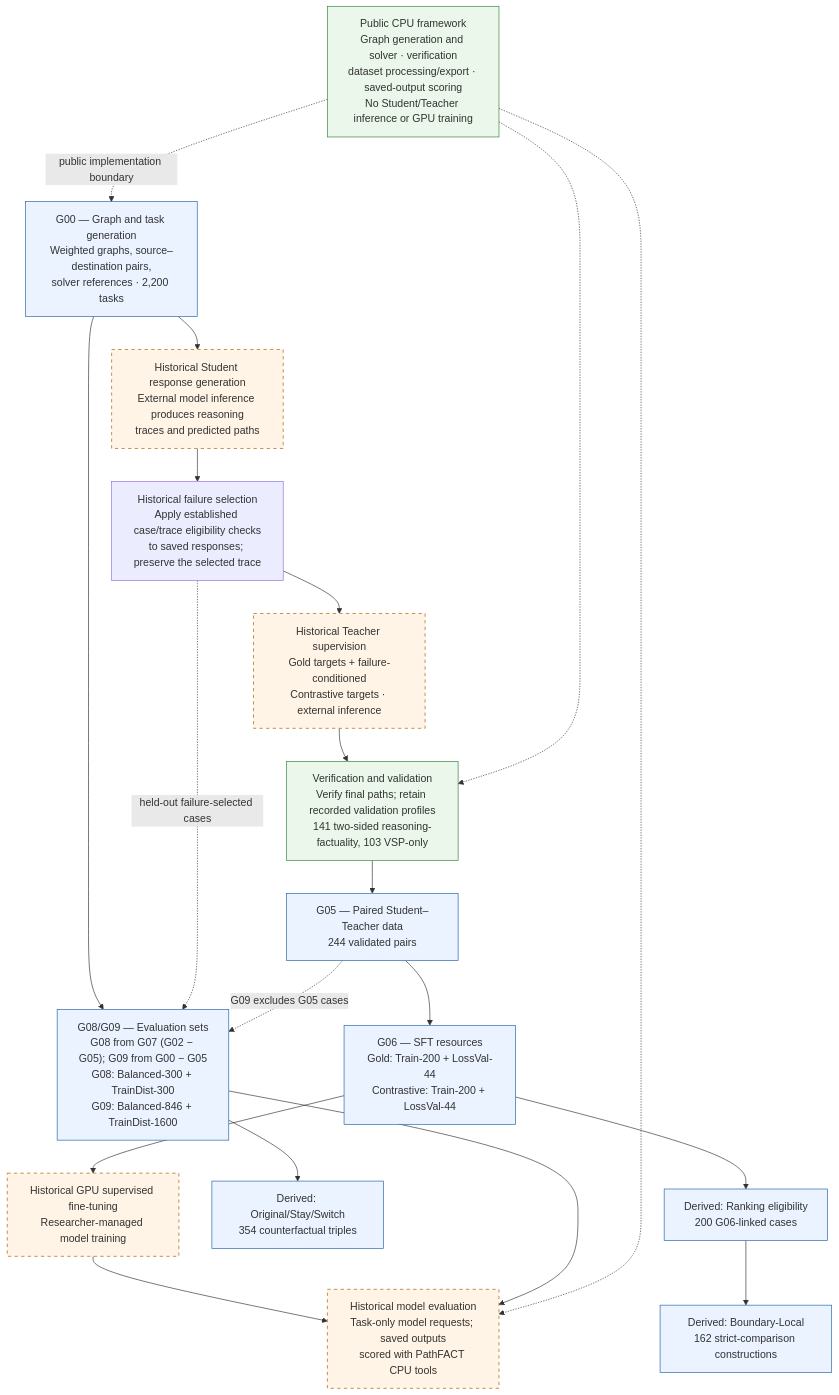
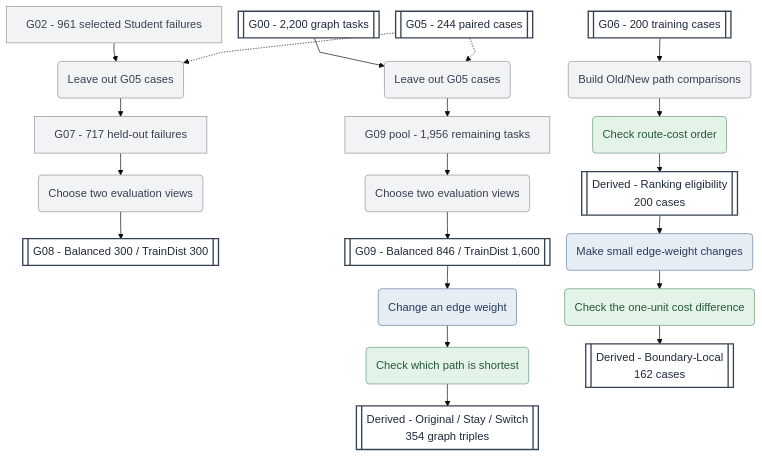
One commit to MinervaCyy/PathFACT changed the second of 3 diagrams in README.md. Above: the diagram before and after it, drawn with Mermaid. The commit also changed other lines of this file, not shown here.

````diff
--- a/README.md
+++ b/README.md
@@ -15,35 +112,50 @@
 ```mermaid
-flowchart TD
-    G00["G00 — Graph and task generation<br/>Weighted graphs, source–destination pairs,<br/>solver references · 2,200 tasks"]
-    STUDENT["Historical Student response generation<br/>External model inference produces reasoning<br/>traces and predicted paths"]
-    FAIL["Historical failure selection<br/>Apply established case/trace eligibility checks<br/>to saved responses; preserve the selected trace"]
-    TEACHER["Historical Teacher supervision<br/>Gold targets + failure-conditioned<br/>Contrastive targets · external inference"]
-    VERIFY["Verification and validation<br/>Verify final paths; retain recorded validation profiles<br/>141 two-sided reasoning-factuality, 103 VSP-only"]
-    G05["G05 — Paired Student–Teacher data<br/>244 validated pairs"]
-    G06["G06 — SFT resources<br/>Gold: Train-200 + LossVal-44<br/>Contrastive: Train-200 + LossVal-44"]
-    TRAIN["Historical GPU supervised fine-tuning<br/>Researcher-managed model training"]
-    EVALDATA["G08/G09 — Evaluation sets<br/>G08 from G07 (G02 − G05); G09 from G00 − G05<br/>G08: Balanced-300 + TrainDist-300<br/>G09: Balanced-846 + TrainDist-1600"]
-    EVAL["Historical model evaluation<br/>Task-only model requests; saved outputs<br/>scored with PathFACT CPU tools"]
-    CF["Derived: Original/Stay/Switch<br/>354 counterfactual triples"]
-    RANK["Derived: Ranking eligibility<br/>200 G06-linked cases"]
-    BOUNDARY["Derived: Boundary-Local<br/>162 strict-comparison constructions"]
-    CPU["Public CPU framework<br/>Graph generation and solver · verification<br/>dataset processing/export · saved-output scoring<br/>No Student/Teacher inference or GPU training"]
+%%{init: {"theme": "base", "themeVariables": {"fontSize": "17px"}, "flowchart": {"htmlLabels": false, "curve": "linear", "nodeSpacing": 25, "rankSpacing": 28, "wrappingWidth": 300}}}%%
+flowchart TB
+    G02["G02 - 961 selected Student failures"]
+    G00[["G00 - 2,200 graph tasks"]]
+    G05[["G05 - 244 paired cases"]]
 
-    G00 --> STUDENT --> FAIL --> TEACHER --> VERIFY --> G05 --> G06 --> TRAIN --> EVAL
-    G00 --> EVALDATA
-    FAIL -. "held-out failure-selected cases" .-> EVALDATA
-    G05 -. "G09 excludes G05 cases" .-> EVALDATA
-    EVALDATA --> EVAL
-    EVALDATA --> CF
-    G06 --> RANK --> BOUNDARY
-    CPU -. "public implementation boundary" .-> G00
-    CPU -.-> VERIFY
-    CPU -.-> EVAL
+    REMOVE08("Leave out G05 cases")
+    G07["G07 - 717 held-out failures"]
+    PICK08("Choose two evaluation views")
+    G08[["G08 - Balanced 300 / TrainDist 300"]]
 
-    classDef external fill:#fff4e5,stroke:#a45b00,stroke-dasharray:5 5;
-    classDef dataset fill:#eaf3ff,stroke:#2463a6;
-    classDef cpu fill:#eaf7ea,stroke:#31823b;
-    class STUDENT,TEACHER,TRAIN,EVAL external;
-    class G00,G05,G06,EVALDATA,CF,RANK,BOUNDARY dataset;
-    class CPU,VERIFY cpu;
+    REMOVE09("Leave out G05 cases")
+    POOL09["G09 pool - 1,956 remaining tasks"]
+    PICK09("Choose two evaluation views")
+    G09[["G09 - Balanced 846 / TrainDist 1,600"]]
+
+    EDIT("Change an edge weight")
+    CFCHECK("Check which path is shortest")
+    CF[["Derived - Original / Stay / Switch<br/>354 graph triples"]]
+
+    TRAIN[["G06 - 200 training cases"]]
+    PREFBUILD("Build Old/New path comparisons")
+    PREFCHECK("Check route-cost order")
+    RANK[["Derived - Ranking eligibility<br/>200 cases"]]
+
+    LOCAL("Make small edge-weight changes")
+    LOCALCHECK("Check the one-unit cost difference")
+    BOUND[["Derived - Boundary-Local<br/>162 cases"]]
+
+    G02 --> REMOVE08 --> G07 --> PICK08 --> G08
+    G05 -.-> REMOVE08
+
+    G00 --> REMOVE09 --> POOL09 --> PICK09 --> G09
+    G05 -.-> REMOVE09
+
+    G09 --> EDIT --> CFCHECK --> CF
+    TRAIN --> PREFBUILD --> PREFCHECK --> RANK
+    RANK --> LOCAL --> LOCALCHECK --> BOUND
+
+    classDef generator fill:#E7EDF5,stroke:#617E9F,color:#263D58
+    classDef verifier fill:#E3F3E8,stroke:#649773,color:#28573A
+    classDef python fill:#F2F3F5,stroke:#8A929C,color:#364152
+    classDef dataset fill:#FFFFFF,stroke:#364152,color:#1E293B,stroke-width:2px
+
+    class EDIT,LOCAL generator
+    class CFCHECK,PREFCHECK,LOCALCHECK verifier
+    class G02,G07,POOL09,REMOVE08,REMOVE09,PICK08,PICK09,PREFBUILD python
+    class G00,G05,G08,G09,TRAIN,CF,RANK,BOUND dataset
 ```
````
